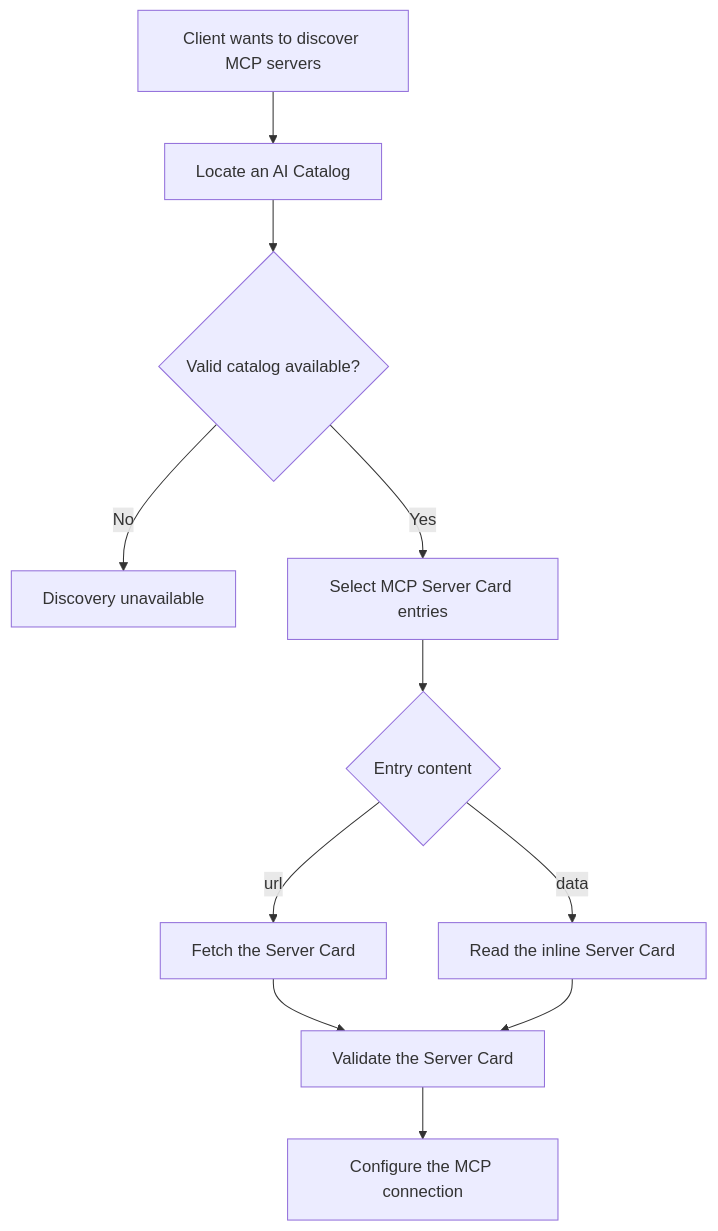
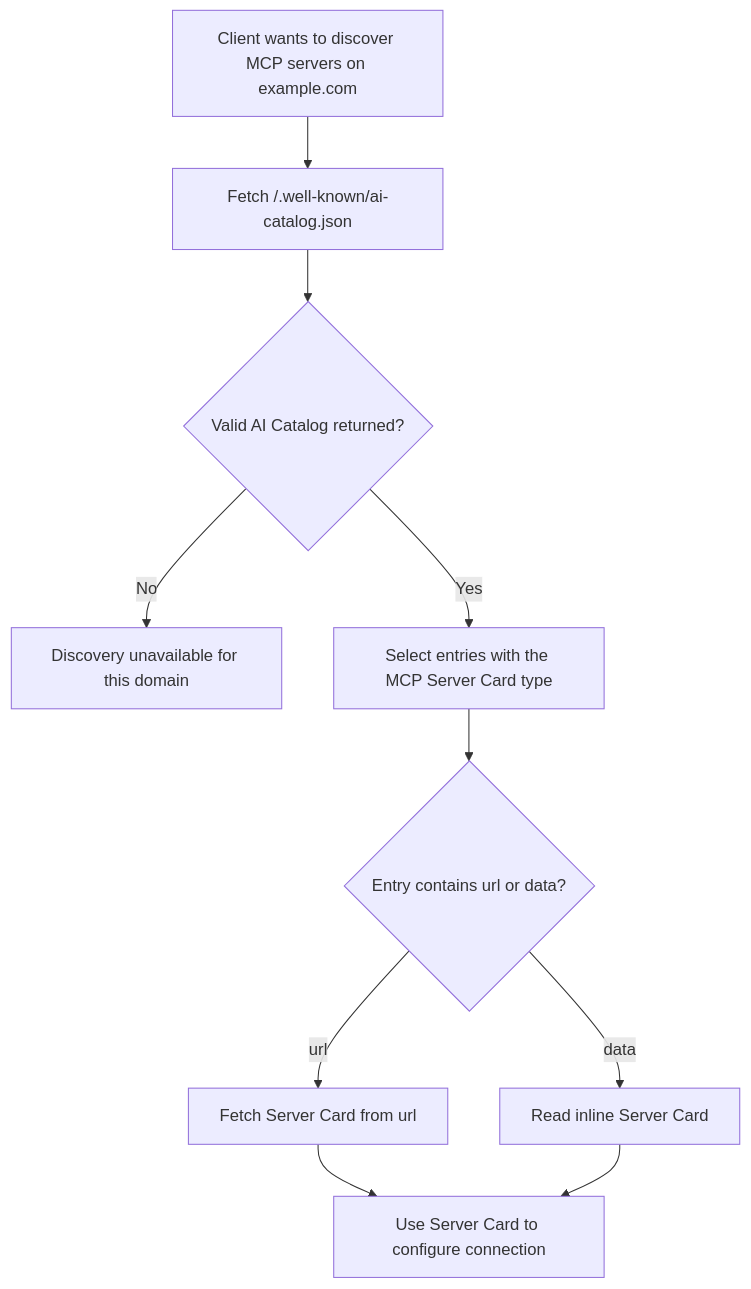
Before and after one commit to modelcontextprotocol/experimental-ext-server-card: the diagram in docs/discovery.md, drawn with Mermaid. The commit also changed other lines of this file and 2 other files, not shown here.

First line of the commit message:
docs(discovery): retain detailed AI Catalog flow

````diff
--- a/docs/discovery.md
+++ b/docs/discovery.md
@@ -23,13 +106,12 @@
 ```mermaid
 flowchart TD
-    A[Client wants to discover MCP servers] --> B[Locate an AI Catalog]
-    B --> C{Valid catalog available?}
-    C -->|No| D[Discovery unavailable]
-    C -->|Yes| E[Select MCP Server Card entries]
-    E --> F{Entry content}
-    F -->|url| G[Fetch the Server Card]
-    F -->|data| H[Read the inline Server Card]
-    G --> I[Validate the Server Card]
+    A[Client wants to discover MCP servers on example.com] --> B[Fetch /.well-known/ai-catalog.json]
+    B --> C{Valid AI Catalog returned?}
+    C -->|No| D[Discovery unavailable for this domain]
+    C -->|Yes| E[Select entries with the MCP Server Card type]
+    E --> F{Entry contains url or data?}
+    F -->|url| G[Fetch Server Card from url]
+    F -->|data| H[Read inline Server Card]
+    G --> I[Use Server Card to configure connection]
     H --> I
-    I --> J[Configure the MCP connection]
 ```
````
